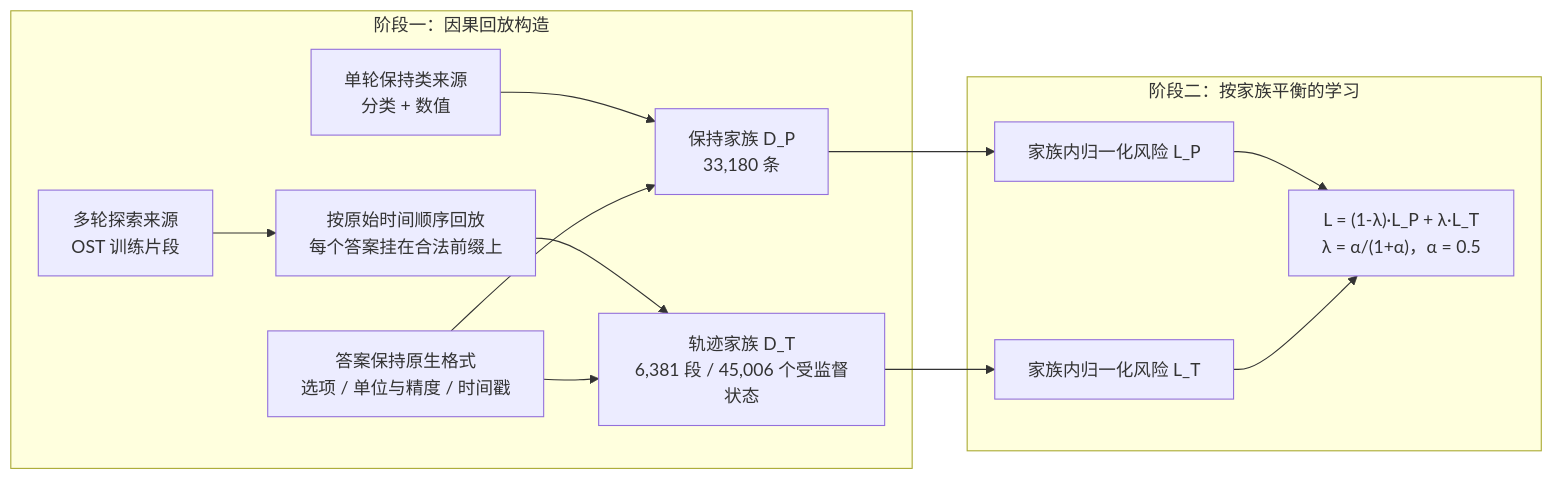
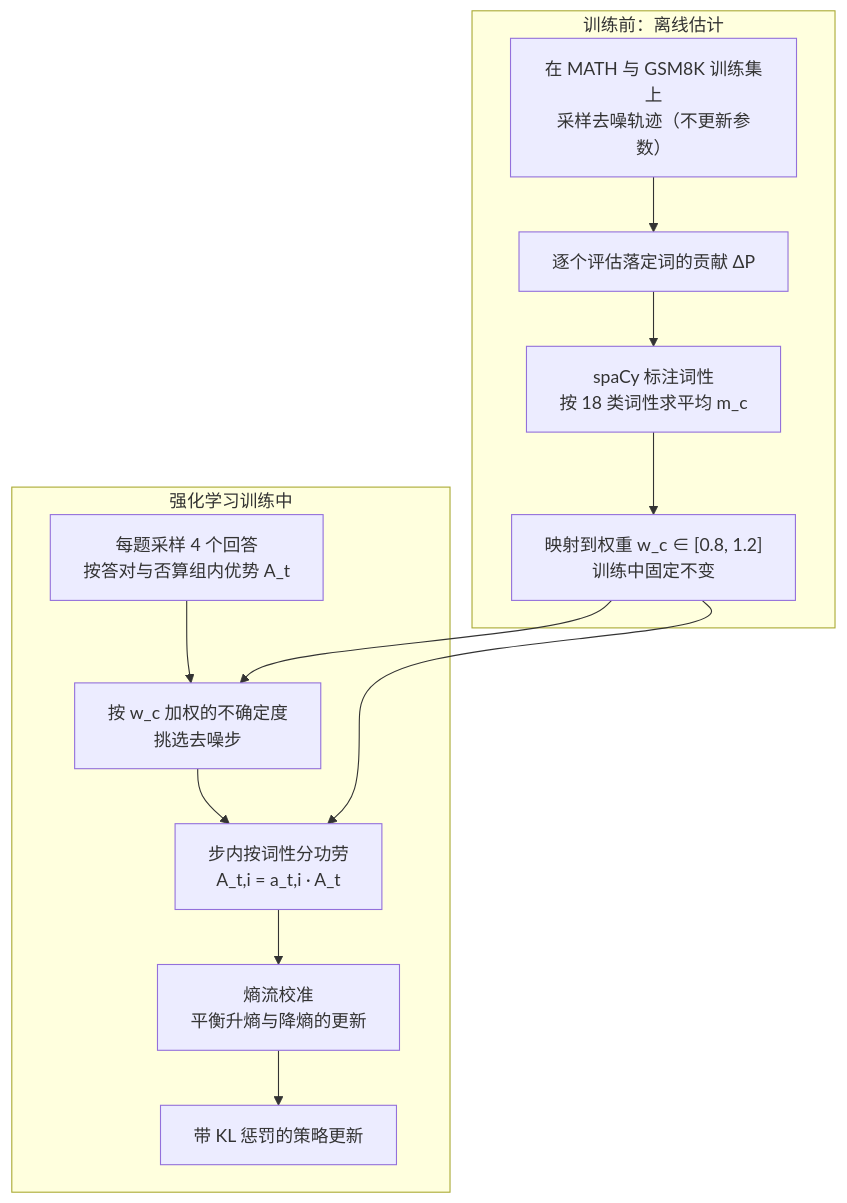
One commit to yingwang/paper-reads changed the third of 4 diagrams in docs/index.md. Above: the diagram before and after it, drawn with Mermaid. The commit also changed other lines of this file and 2 other files, not shown here.

````diff
--- a/docs/index.md
+++ b/docs/index.md
@@ -111,16 +92,16 @@
 ```mermaid
-flowchart LR
-    subgraph S1["阶段一：因果回放构造"]
-        A1["单轮保持类来源<br/>分类 + 数值"] --> P["保持家族 D_P<br/>33,180 条"]
-        A2["多轮探索来源<br/>OST 训练片段"] --> E["按原始时间顺序回放<br/>每个答案挂在合法前缀上"]
-        E --> T["轨迹家族 D_T<br/>6,381 段 / 45,006 个受监督状态"]
-        N["答案保持原生格式<br/>选项 / 单位与精度 / 时间戳"] --> P
-        N --> T
+flowchart TB
+    subgraph OFF["训练前：离线估计"]
+        R["在 MATH 与 GSM8K 训练集上<br/>采样去噪轨迹（不更新参数）"] --> E["逐个评估落定词的贡献 ΔP"]
+        E --> P["spaCy 标注词性<br/>按 18 类词性求平均 m_c"]
+        P --> W["映射到权重 w_c ∈ [0.8, 1.2]<br/>训练中固定不变"]
     end
-    subgraph S2["阶段二：按家族平衡的学习"]
-        P --> LP["家族内归一化风险 L_P"]
-        T --> LT["家族内归一化风险 L_T"]
-        LP --> L["L = (1-λ)·L_P + λ·L_T<br/>λ = α/(1+α)，α = 0.5"]
-        LT --> L
+    subgraph ON["强化学习训练中"]
+        G["每题采样 4 个回答<br/>按答对与否算组内优势 A_t"] --> S["按 w_c 加权的不确定度<br/>挑选去噪步"]
+        W --> S
+        S --> C["步内按词性分功劳<br/>A_t,i = a_t,i · A_t"]
+        W --> C
+        C --> H["熵流校准<br/>平衡升熵与降熵的更新"]
+        H --> L["带 KL 惩罚的策略更新"]
     end
 ```
````
